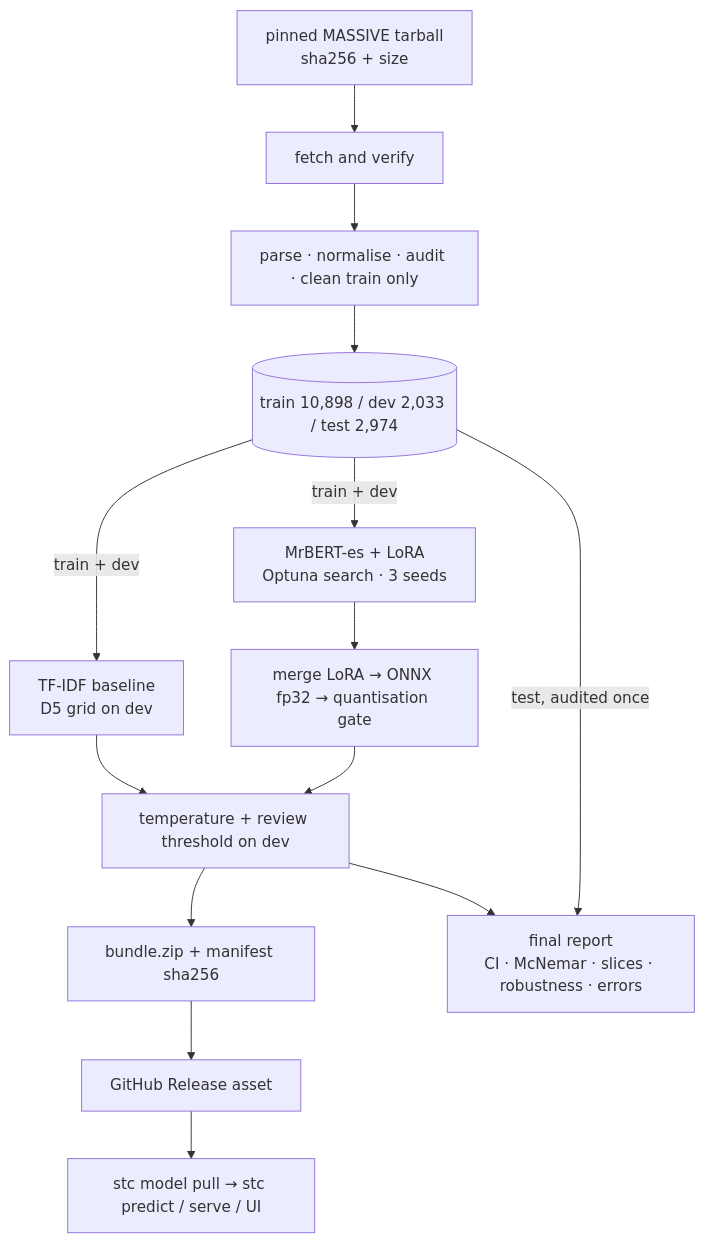
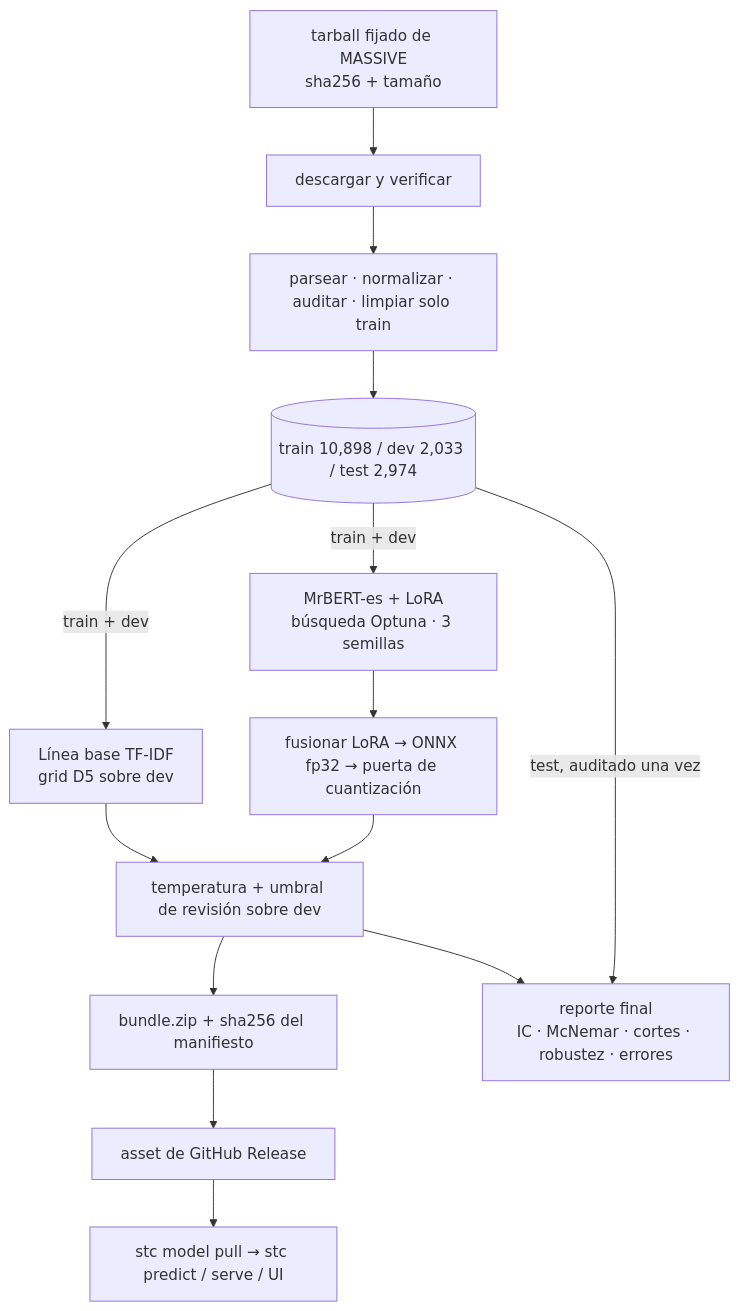
The second of 2 diagrams in docs/ARCHITECTURE.md (Eduardo12Pacheco/clasificador-de-texto-lora), drawn with Mermaid before and after one commit. The commit also changed other lines of this file and 2 other files, not shown here.

First line of the commit message:
docs(architecture): translate the architecture and API guides to Spanish

````diff
--- a/docs/ARCHITECTURE.md
+++ b/docs/ARCHITECTURE.md
@@ -196,16 +186,16 @@
 ```mermaid
 flowchart TD
-  T[pinned MASSIVE tarball<br/>sha256 + size] --> V[fetch and verify]
-  V --> P[parse · normalise · audit · clean train only]
+  T[tarball fijado de MASSIVE<br/>sha256 + tamaño] --> V[descargar y verificar]
+  V --> P[parsear · normalizar · auditar · limpiar solo train]
   P --> S[(train 10,898 / dev 2,033 / test 2,974)]
-  S -->|train + dev| B[TF-IDF baseline<br/>D5 grid on dev]
-  S -->|train + dev| L[MrBERT-es + LoRA<br/>Optuna search · 3 seeds]
-  L --> E[merge LoRA → ONNX fp32 → quantisation gate]
-  E --> C[temperature + review threshold on dev]
+  S -->|train + dev| B[Línea base TF-IDF<br/>grid D5 sobre dev]
+  S -->|train + dev| L[MrBERT-es + LoRA<br/>búsqueda Optuna · 3 semillas]
+  L --> E[fusionar LoRA → ONNX fp32 → puerta de cuantización]
+  E --> C[temperatura + umbral de revisión sobre dev]
   B --> C
-  C --> F[bundle.zip + manifest sha256]
-  S -->|test, audited once| R[final report<br/>CI · McNemar · slices · robustness · errors]
+  C --> F[bundle.zip + sha256 del manifiesto]
+  S -->|test, auditado una vez| R[reporte final<br/>IC · McNemar · cortes · robustez · errores]
   C --> R
-  F --> G[GitHub Release asset]
+  F --> G[asset de GitHub Release]
   G --> I[stc model pull → stc predict / serve / UI]
 ```
````
